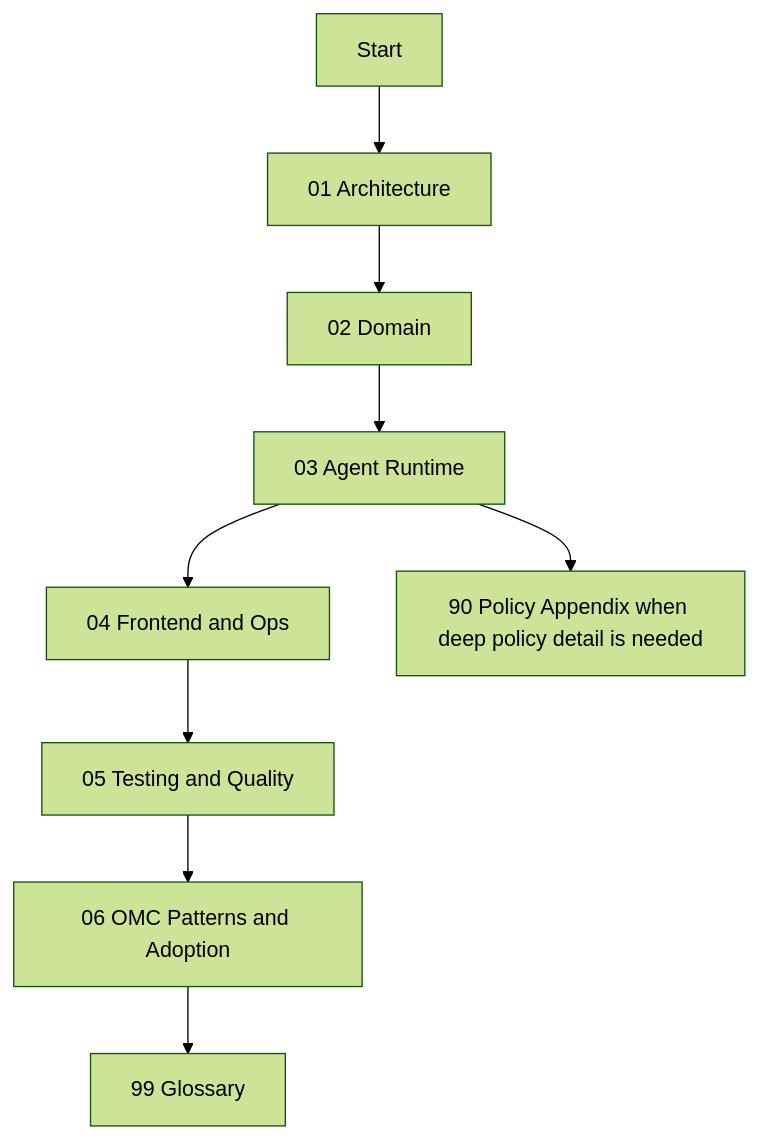
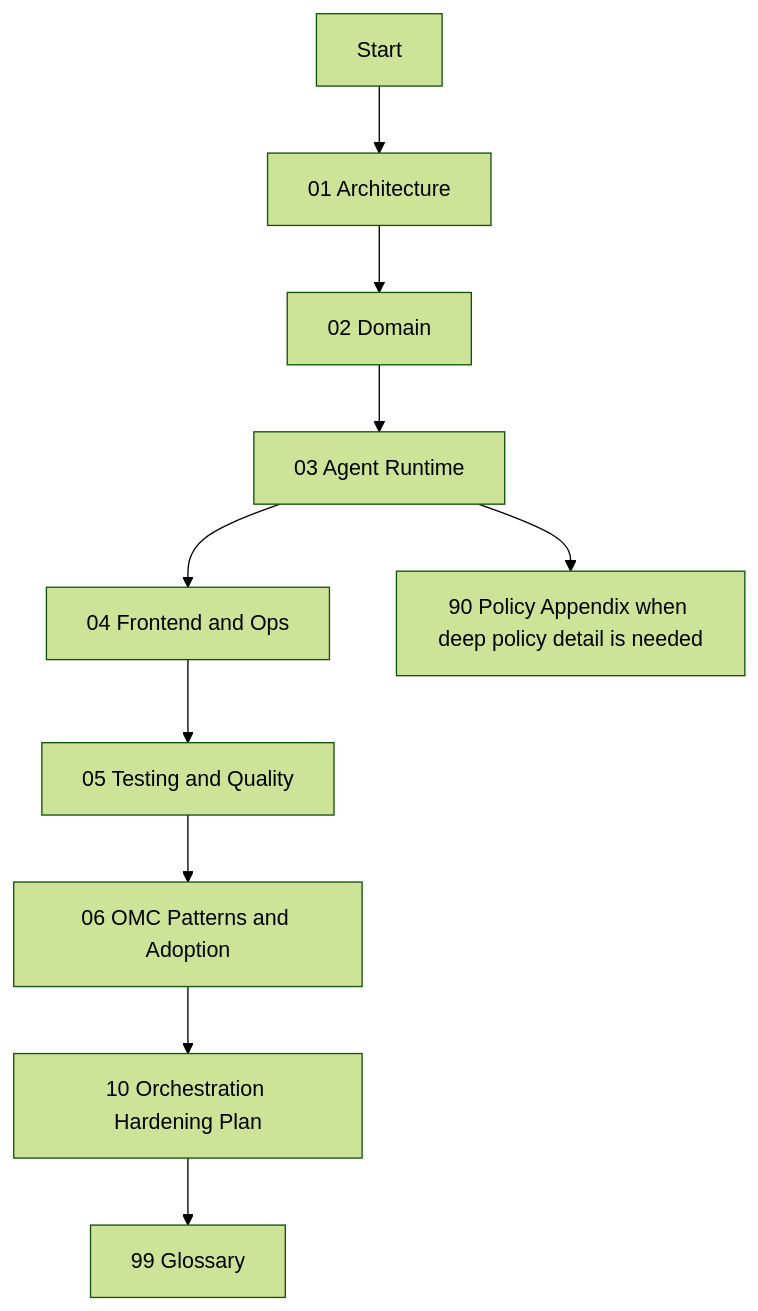
The diagram in docs/internal/00-index.md (nirm3l/constructos-dev), drawn with Mermaid (forest theme) before and after one commit. The commit also changed other lines of this file and 34 other files, not shown here.

````diff
--- a/docs/internal/00-index.md
+++ b/docs/internal/00-index.md
@@ -25,11 +26,12 @@
 ```mermaid
 flowchart TD
   A[Start] --> B[01 Architecture]
   B --> C[02 Domain]
   C --> D[03 Agent Runtime]
   D --> E[04 Frontend and Ops]
   E --> F[05 Testing and Quality]
   F --> G[06 OMC Patterns and Adoption]
-  G --> H[99 Glossary]
+  G --> J[10 Orchestration Hardening Plan]
+  J --> H[99 Glossary]
   D --> I[90 Policy Appendix when deep policy detail is needed]
 ```
````
